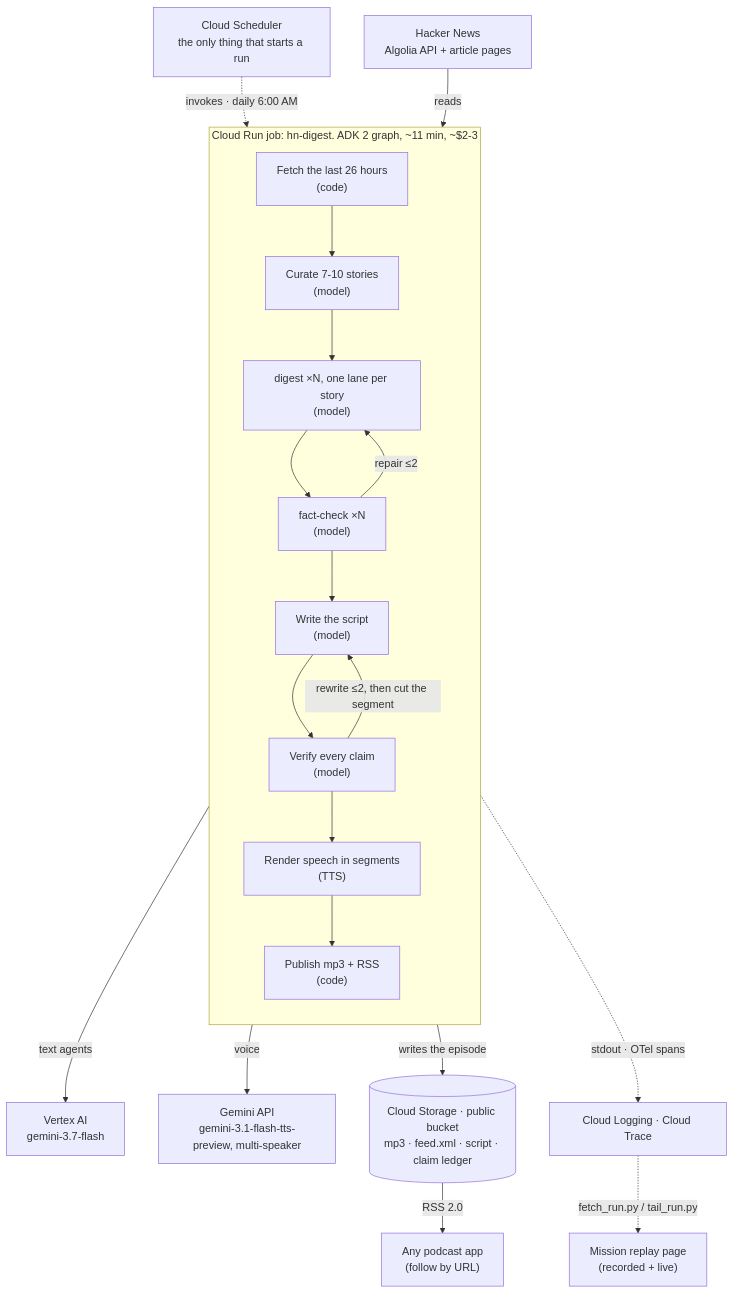
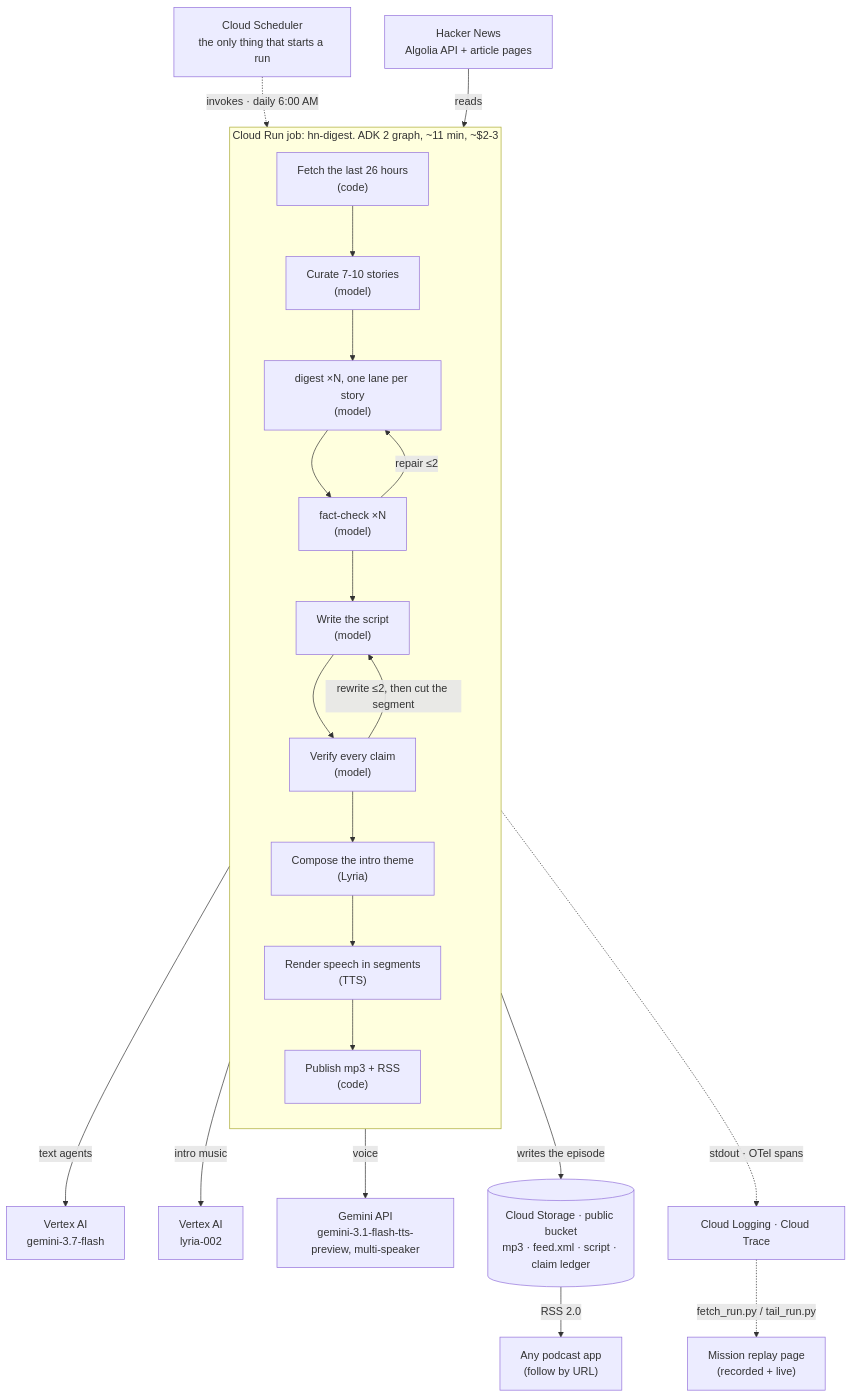
One commit to ykdojo/hacker-news-digest changed the diagram in architecture.md. Above: the diagram before and after it, drawn with Mermaid. The commit also changed other lines of this file and 1 other file, not shown here.

Commit message:
Document the Lyria intro step in README and architecture

````diff
--- a/architecture.md
+++ b/architecture.md
@@ -15,29 +15,31 @@
 ```mermaid
 flowchart TB
   scheduler["Cloud Scheduler<br/>the only thing that starts a run"]
   hn["Hacker News<br/>Algolia API + article pages"]
 
   scheduler -.->|"invokes · daily 6:00 AM"| job
   hn -->|reads| job
 
   subgraph job["Cloud Run job: hn-digest. ADK 2 graph, ~11 min, ~$2-3"]
     direction TB
     fetch["Fetch the last 26 hours<br/>(code)"] --> curate["Curate 7-10 stories<br/>(model)"]
     curate --> digest["digest ×N, one lane per story<br/>(model)"]
     digest --> check["fact-check ×N<br/>(model)"]
     check -->|"repair ≤2"| digest
     check --> script["Write the script<br/>(model)"]
     script --> verify["Verify every claim<br/>(model)"]
     verify -->|"rewrite ≤2, then cut the segment"| script
-    verify --> tts["Render speech in segments<br/>(TTS)"]
+    verify --> compose["Compose the intro theme<br/>(Lyria)"]
+    compose --> tts["Render speech in segments<br/>(TTS)"]
     tts --> publish["Publish mp3 + RSS<br/>(code)"]
   end
 
   job -->|"text agents"| vertex["Vertex AI<br/>gemini-3.7-flash"]
+  job -->|"intro music"| lyria["Vertex AI<br/>lyria-002"]
   job -->|"voice"| gapi["Gemini API<br/>gemini-3.1-flash-tts-preview, multi-speaker"]
   job -->|"writes the episode"| gcs[("Cloud Storage · public bucket<br/>mp3 · feed.xml · script · claim ledger")]
   gcs -->|"RSS 2.0"| apps["Any podcast app<br/>(follow by URL)"]
 
   job -.->|"stdout · OTel spans"| obs["Cloud Logging · Cloud Trace"]
   obs -.->|"fetch_run.py / tail_run.py"| replay["Mission replay page<br/>(recorded + live)"]
 ```
````
